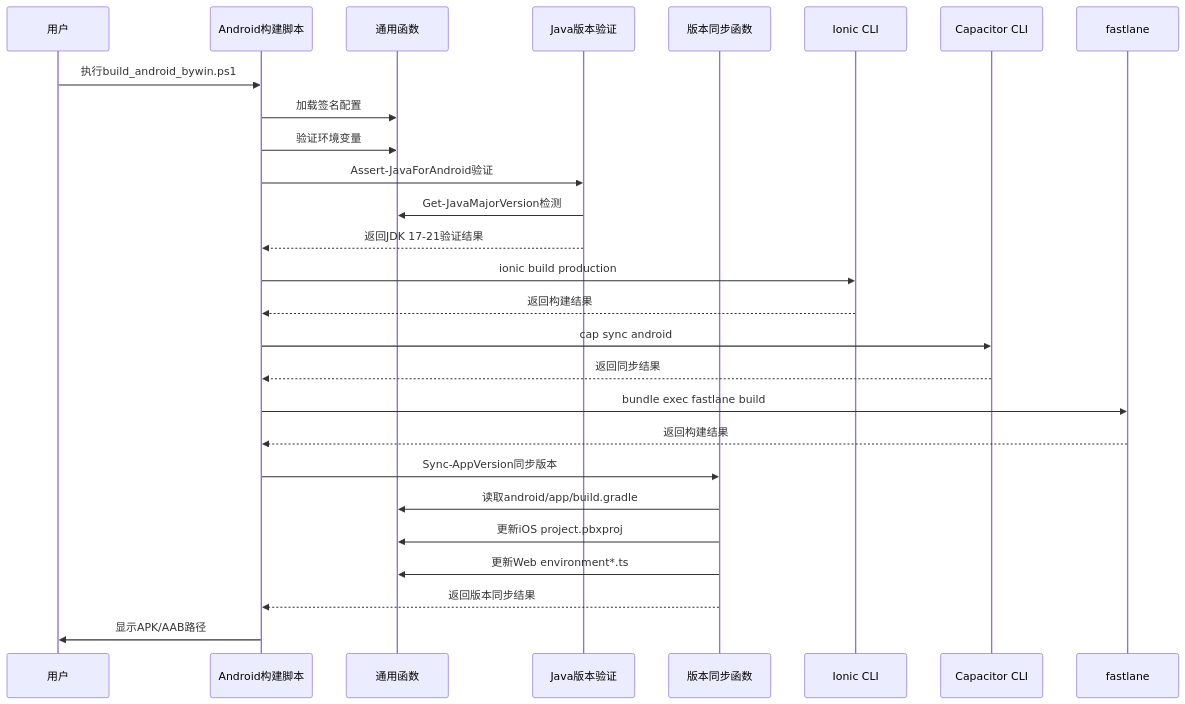
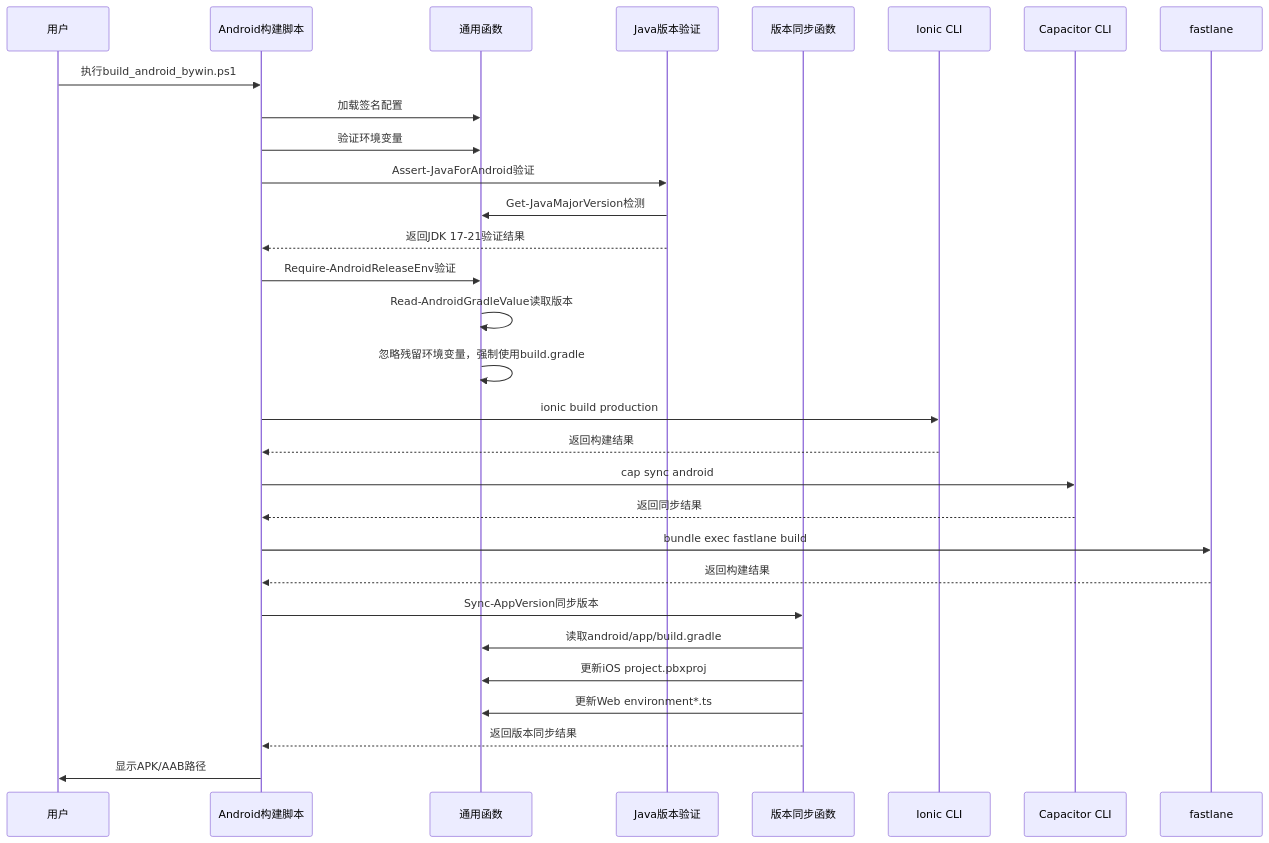
Before and after one commit to tea4go/Macro-Deck-Client-App: the fourth of 10 diagrams in .qoder/repowiki/zh/content/构建与部署/Windows PowerShell自动化.md, drawn with Mermaid. The commit also changed other lines of this file and 8 other files, not shown here.

````diff
--- a/.qoder/repowiki/zh/content/构建与部署/Windows PowerShell自动化.md
+++ b/.qoder/repowiki/zh/content/构建与部署/Windows PowerShell自动化.md
@@ -596,29 +679,32 @@
 ```mermaid
 sequenceDiagram
 participant User as 用户
 participant BuildScript as Android构建脚本
 participant Common as 通用函数
 participant JavaValidation as Java版本验证
 participant VersionSync as 版本同步函数
 participant Ionic as Ionic CLI
 participant Capacitor as Capacitor CLI
 participant Fastlane as fastlane
 User->>BuildScript : 执行build_android_bywin.ps1
 BuildScript->>Common : 加载签名配置
 BuildScript->>Common : 验证环境变量
 BuildScript->>JavaValidation : Assert-JavaForAndroid验证
 JavaValidation->>Common : Get-JavaMajorVersion检测
 JavaValidation-->>BuildScript : 返回JDK 17-21验证结果
+BuildScript->>Common : Require-AndroidReleaseEnv验证
+Common->>Common : Read-AndroidGradleValue读取版本
+Common->>Common : 忽略残留环境变量，强制使用build.gradle
 BuildScript->>Ionic : ionic build production
 Ionic-->>BuildScript : 返回构建结果
 BuildScript->>Capacitor : cap sync android
 Capacitor-->>BuildScript : 返回同步结果
 BuildScript->>Fastlane : bundle exec fastlane build
 Fastlane-->>BuildScript : 返回构建结果
 BuildScript->>VersionSync : Sync-AppVersion同步版本
 VersionSync->>Common : 读取android/app/build.gradle
 VersionSync->>Common : 更新iOS project.pbxproj
 VersionSync->>Common : 更新Web environment*.ts
 VersionSync-->>BuildScript : 返回版本同步结果
 BuildScript->>User : 显示APK/AAB路径
 ```
````
